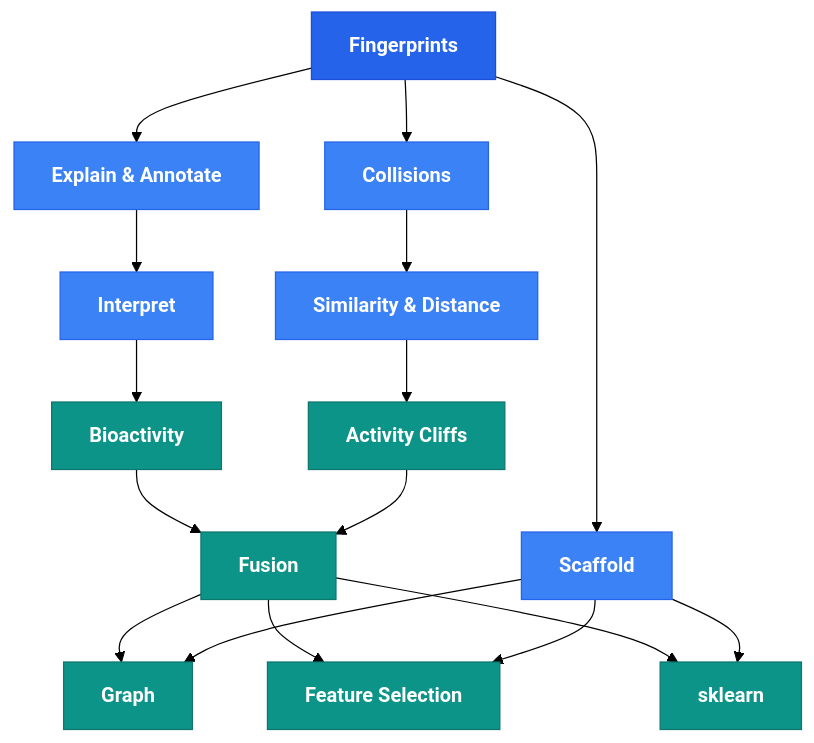
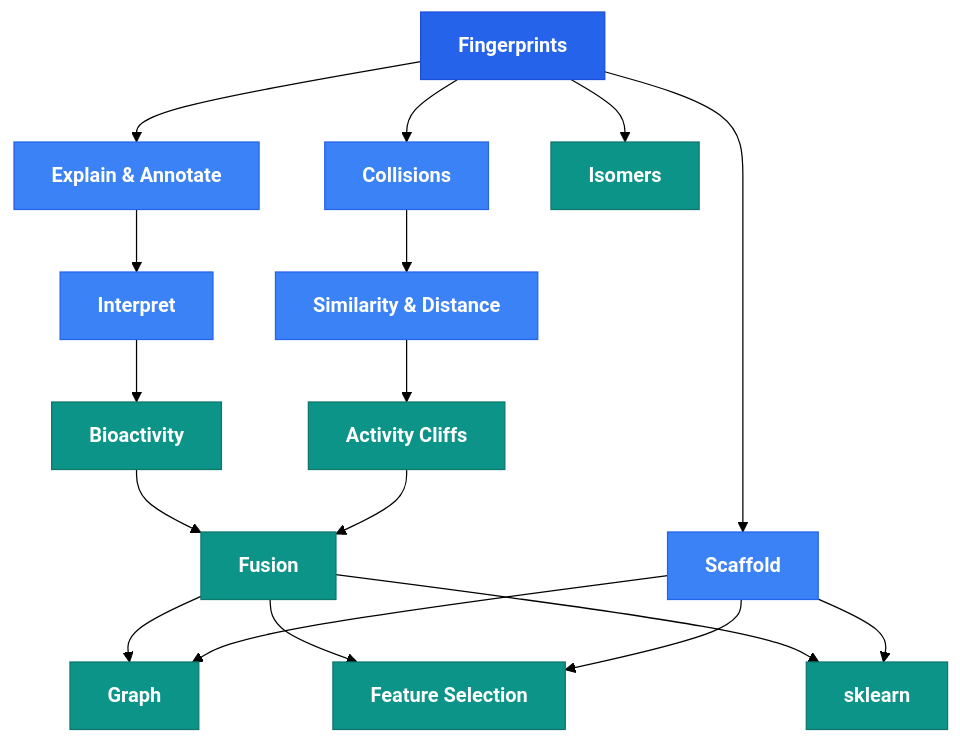
The diagram in docs/api/index.md (dataprofessor/molfp), drawn with Mermaid (forest theme) before and after one commit. The commit also changed other lines of this file and 5 other files, not shown here.

````diff
--- a/docs/api/index.md
+++ b/docs/api/index.md
@@ -15,36 +15,39 @@
 ```mermaid
 graph TD
     FP["<b>Fingerprints</b>"]
     EA["<b>Explain & Annotate</b>"]
     CO["<b>Collisions</b>"]
     SC["<b>Scaffold</b>"]
     IN["<b>Interpret</b>"]
     SD["<b>Similarity & Distance</b>"]
     BA["<b>Bioactivity</b>"]
     AC["<b>Activity Cliffs</b>"]
+    IS["<b>Isomers</b>"]
     FU["<b>Fusion</b>"]
     GR["<b>Graph</b>"]
     FS["<b>Feature Selection</b>"]
     SK["<b>sklearn</b>"]
 
     FP --> EA & CO & SC
     EA --> IN
     CO --> SD
     IN --> BA
     SD --> AC
+    FP --> IS
     BA & AC --> FU
     FU & SC --> GR & FS & SK
 
     style FP fill:#2563eb,color:#fff,stroke:#1d4ed8
     style EA fill:#3b82f6,color:#fff,stroke:#2563eb
     style CO fill:#3b82f6,color:#fff,stroke:#2563eb
     style SC fill:#3b82f6,color:#fff,stroke:#2563eb
     style IN fill:#3b82f6,color:#fff,stroke:#2563eb
     style SD fill:#3b82f6,color:#fff,stroke:#2563eb
     style BA fill:#0d9488,color:#fff,stroke:#0f766e
     style AC fill:#0d9488,color:#fff,stroke:#0f766e
+    style IS fill:#0d9488,color:#fff,stroke:#0f766e
     style FU fill:#0d9488,color:#fff,stroke:#0f766e
     style GR fill:#0d9488,color:#fff,stroke:#0f766e
     style FS fill:#0d9488,color:#fff,stroke:#0f766e
     style SK fill:#0d9488,color:#fff,stroke:#0f766e
 ```
````
